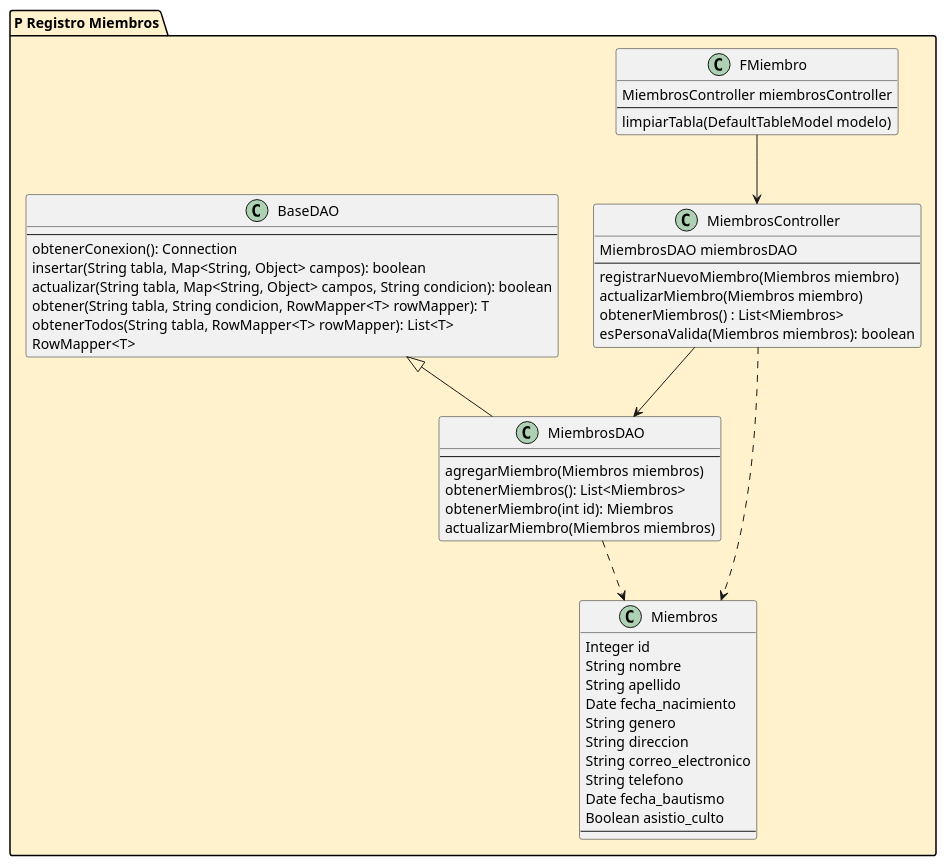
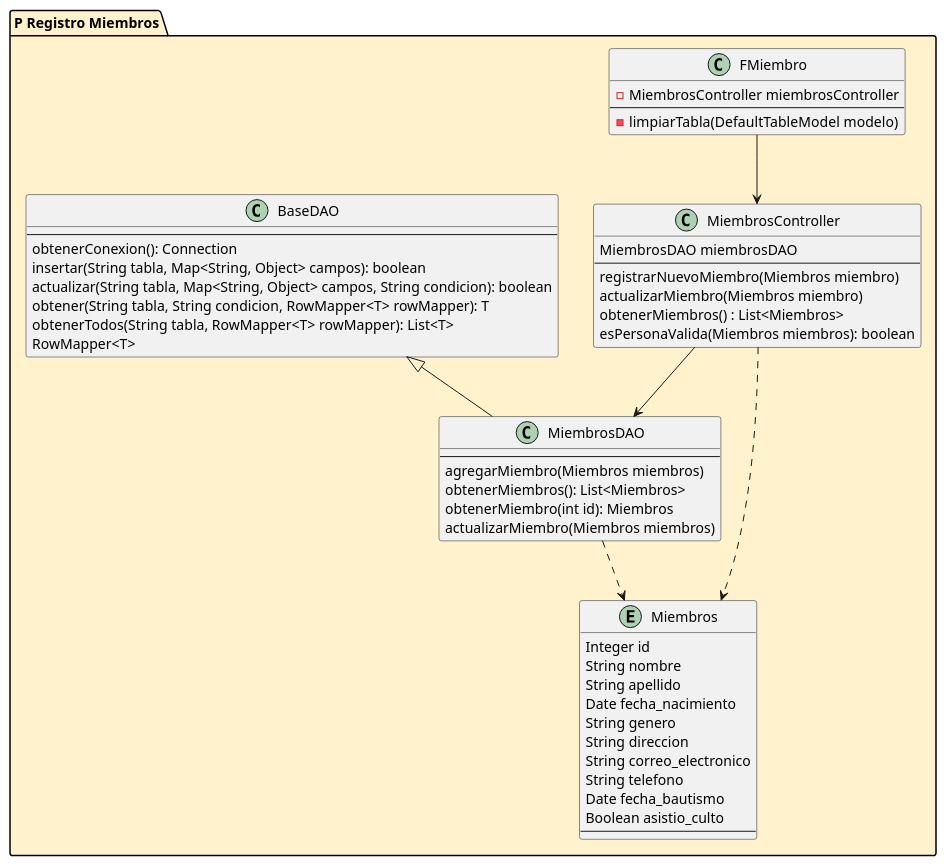
The diagram in src/utils/Mmiembro.puml (jeulate/proyig1), drawn with PlantUML before and after one commit. The commit also changed 3 other files, not shown here.

```diff
--- a/src/utils/Mmiembro.puml
+++ b/src/utils/Mmiembro.puml
@@ -1,57 +1,57 @@
 @startuml
 package "P Registro Miembros" #FFF2CC {
   class "FMiembro" as fmiembro {
-  MiembrosController miembrosController
+  - MiembrosController miembrosController
   --
-  limpiarTabla(DefaultTableModel modelo)
+  -limpiarTabla(DefaultTableModel modelo)
   }
   class "MiembrosController" as ctrmiembro{
   MiembrosDAO miembrosDAO
   --
   registrarNuevoMiembro(Miembros miembro)
   actualizarMiembro(Miembros miembro)
   obtenerMiembros() : List<Miembros>
   esPersonaValida(Miembros miembros): boolean
   }
 
   class "MiembrosDAO" as daomiembro{
   --
   agregarMiembro(Miembros miembros)
   obtenerMiembros(): List<Miembros>
   obtenerMiembro(int id): Miembros
   actualizarMiembro(Miembros miembros)
   }
 
   class "BaseDAO" as daobase {
   --
   obtenerConexion(): Connection
   insertar(String tabla, Map<String, Object> campos): boolean
   actualizar(String tabla, Map<String, Object> campos, String condicion): boolean
   obtener(String tabla, String condicion, RowMapper<T> rowMapper): T
   obtenerTodos(String tabla, RowMapper<T> rowMapper): List<T>
   RowMapper<T>
   }
 
-  class "Miembros" as miembros{
+  entity "Miembros" as miembros{
       Integer id
       String nombre
       String apellido
       Date fecha_nacimiento
       String genero
       String direccion
       String correo_electronico
       String telefono
       Date fecha_bautismo
       Boolean asistio_culto
       --
   }
 
   fmiembro --> ctrmiembro
   ctrmiembro --> daomiembro
   daobase <|-- daomiembro
   ctrmiembro ..> miembros
   daomiembro ..> miembros
 }
 
 
 @enduml
```
